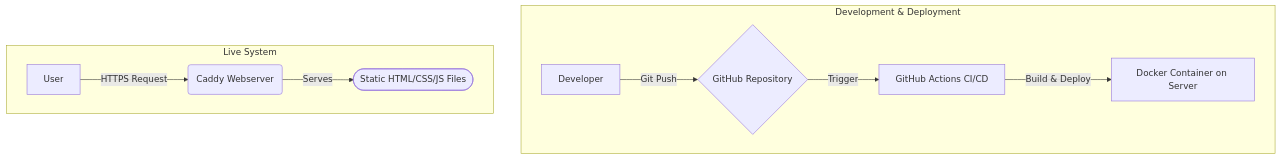
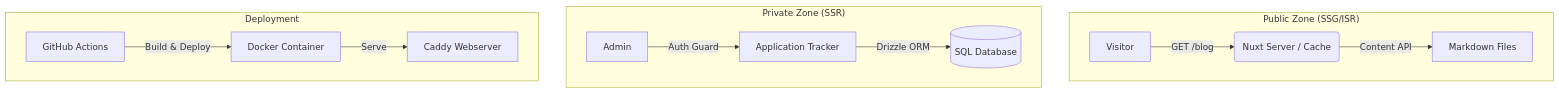
Before and after one commit to fleischerdesign/portfolio: the diagram in content/en/projects/fleischerdesign.md, drawn with Mermaid. The commit also changed other lines of this file and 3 other files, not shown here.

````diff
--- a/content/en/projects/fleischerdesign.md
+++ b/content/en/projects/fleischerdesign.md
@@ -77,13 +86,17 @@
 ```mermaid
 graph TD
-    subgraph "Development & Deployment"
-        A[Developer] -- Git Push --> B{GitHub Repository}
-        B -- Trigger --> C["GitHub Actions CI/CD"]
-        C -- Build & Deploy --> D[Docker Container on Server]
+    subgraph "Public Zone (SSG/ISR)"
+        A[Visitor] -- GET /blog --> B(Nuxt Server / Cache)
+        B -- Content API --> C[Markdown Files]
     end
 
-    subgraph "Live System"
-        E[User] -- HTTPS Request --> F(Caddy Webserver)
-        F -- Serves --> G([Static HTML/CSS/JS Files])
+    subgraph "Private Zone (SSR)"
+        D[Admin] -- Auth Guard --> E[Application Tracker]
+        E -- Drizzle ORM --> F[(SQL Database)]
+    end
+
+    subgraph "Deployment"
+        G[GitHub Actions] -- Build & Deploy --> H[Docker Container]
+        H -- Serve --> I[Caddy Webserver]
     end
 ```
````
